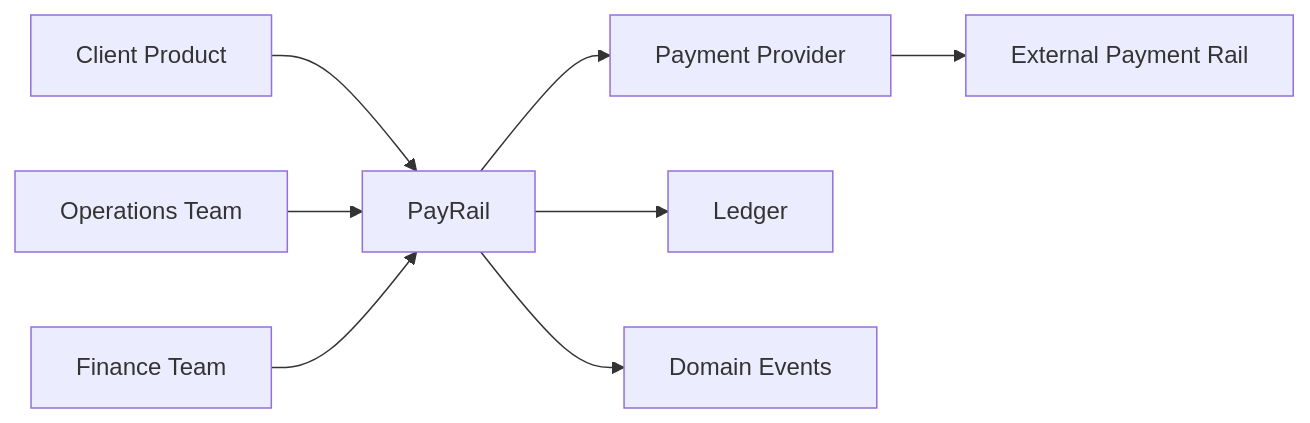
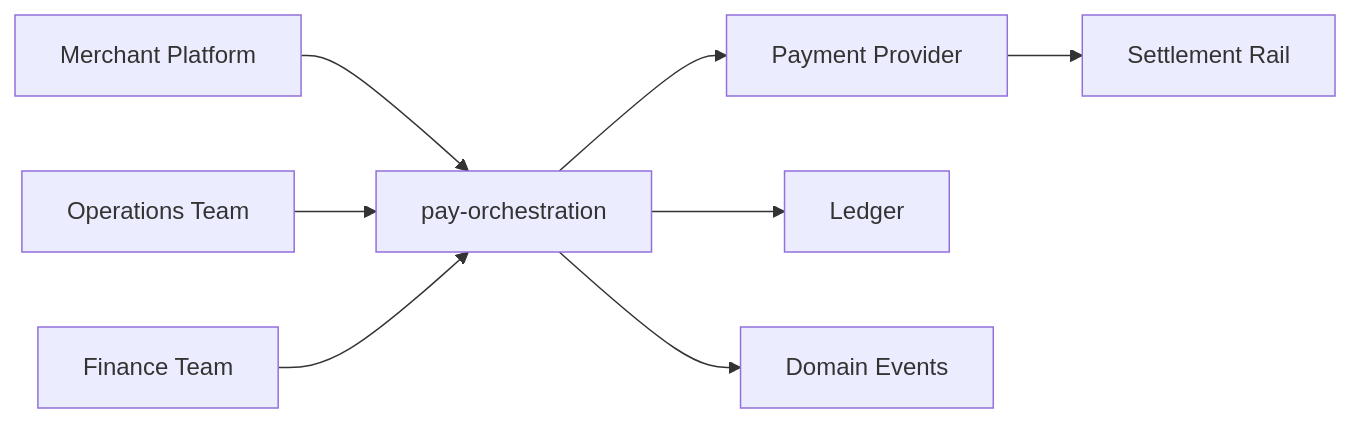
One commit to Nyadzayo/pay-orchestration changed the second of 2 diagrams in docs/index.mdx. Above: the diagram before and after it, drawn with Mermaid. The commit also changed other lines of this file and 66 other files, not shown here.

````diff
--- a/docs/index.mdx
+++ b/docs/index.mdx
@@ -39,12 +52,12 @@
 ```mermaid
 flowchart LR
-  Client[Client Product] --> Platform[PayRail]
-  Ops[Operations Team] --> Platform
-  Finance[Finance Team] --> Platform
+  Merchant[Merchant Platform] --> Orchestrator[pay-orchestration]
+  Operations[Operations Team] --> Orchestrator
+  Finance[Finance Team] --> Orchestrator
 
-  Platform --> Provider[Payment Provider]
-  Platform --> Ledger[Ledger]
-  Platform --> Events[Domain Events]
+  Orchestrator --> Provider[Payment Provider]
+  Orchestrator --> Ledger[Ledger]
+  Orchestrator --> Events[Domain Events]
 
-  Provider --> ExternalRail[External Payment Rail]
+  Provider --> Rail[Settlement Rail]
 ```
````
